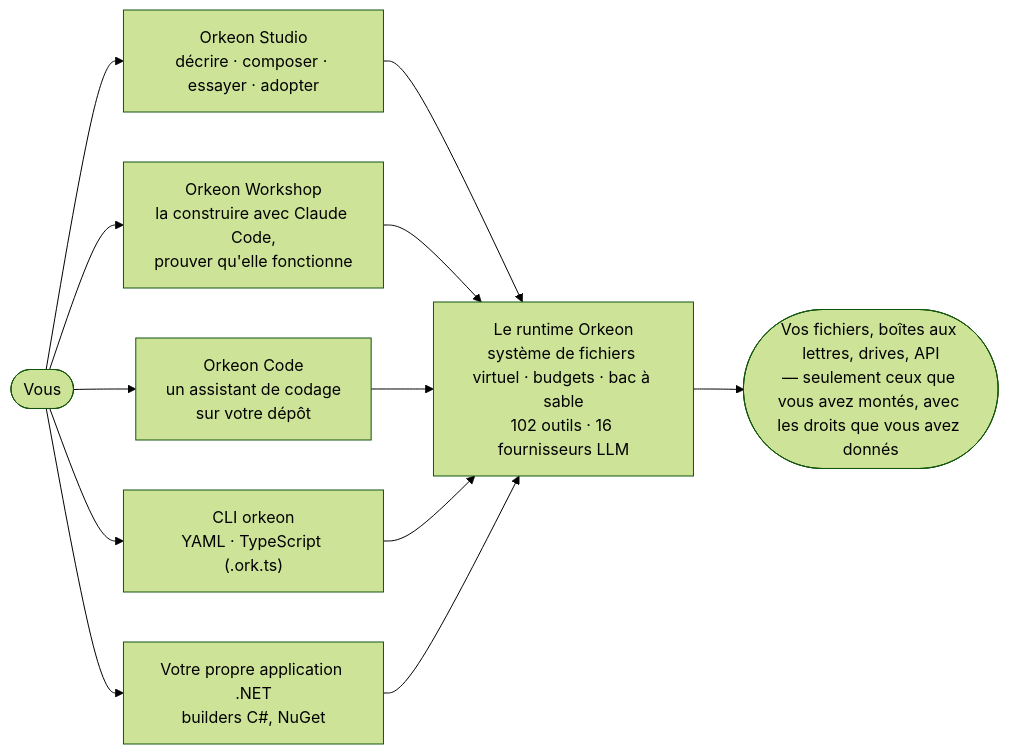
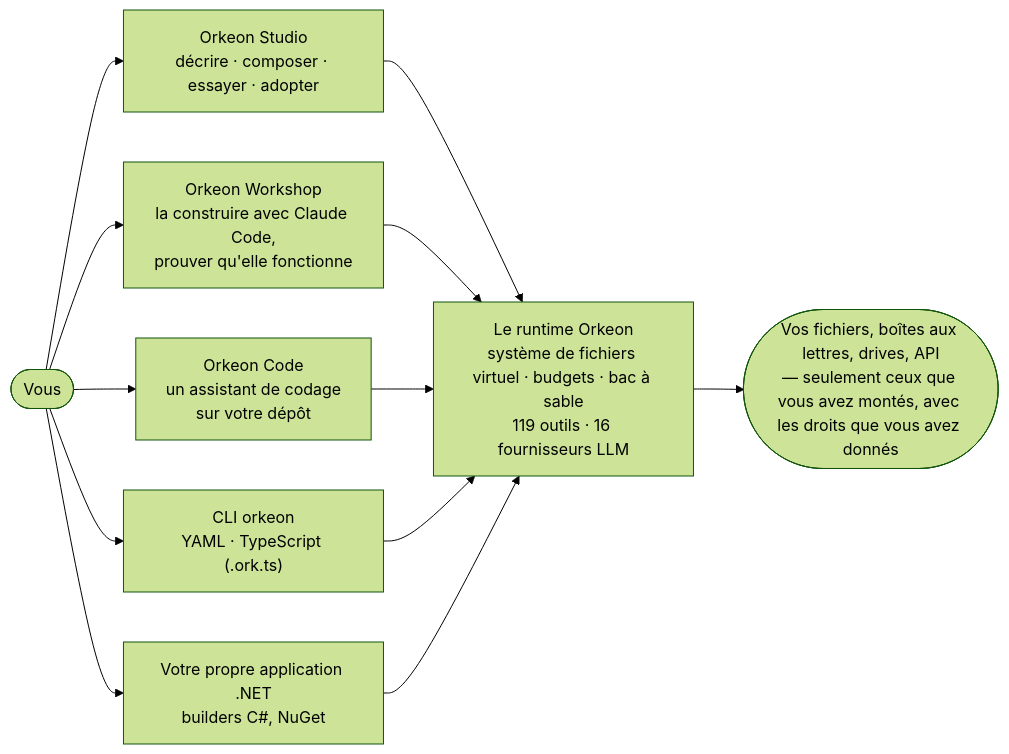
The diagram in README.fr.md (Orkeon/orkeon), drawn with Mermaid (forest theme) before and after one commit. The commit also changed other lines of this file and 516 other files, not shown here.

First line of the commit message:
Orkeon Code runtime (RT-01..RT-44) and RT review corrections F1-F4 (#180)

````diff
--- a/README.fr.md
+++ b/README.fr.md
@@ -30,10 +30,10 @@
 ```mermaid
 flowchart LR
     you(["Vous"]) --> studio["Orkeon Studio<br/>décrire · composer · essayer · adopter"]
     you --> workshop["Orkeon Workshop<br/>la construire avec Claude Code,<br/>prouver qu'elle fonctionne"]
     you --> code["Orkeon Code<br/>un assistant de codage<br/>sur votre dépôt"]
     you --> cli["CLI orkeon<br/>YAML · TypeScript (.ork.ts)"]
     you --> app["Votre propre application .NET<br/>builders C#, NuGet"]
-    studio & workshop & code & cli & app --> runtime["Le runtime Orkeon<br/>système de fichiers virtuel · budgets · bac à sable<br/>102 outils · 16 fournisseurs LLM"]
+    studio & workshop & code & cli & app --> runtime["Le runtime Orkeon<br/>système de fichiers virtuel · budgets · bac à sable<br/>119 outils · 16 fournisseurs LLM"]
     runtime --> world(["Vos fichiers, boîtes aux lettres, drives, API<br/>— seulement ceux que vous avez montés, avec les droits que vous avez donnés"])
 ```
````
